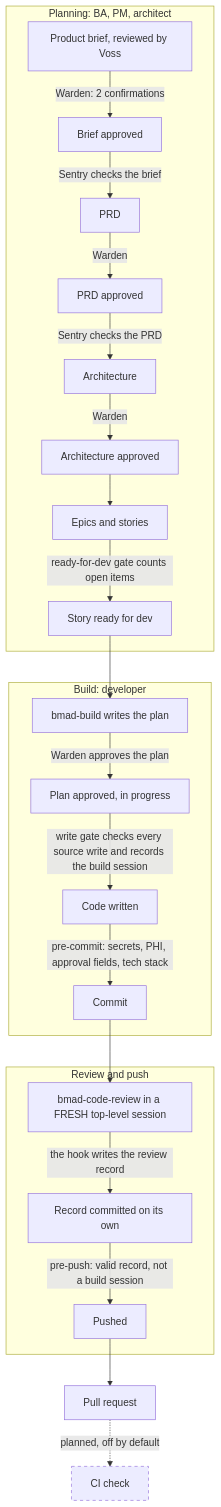
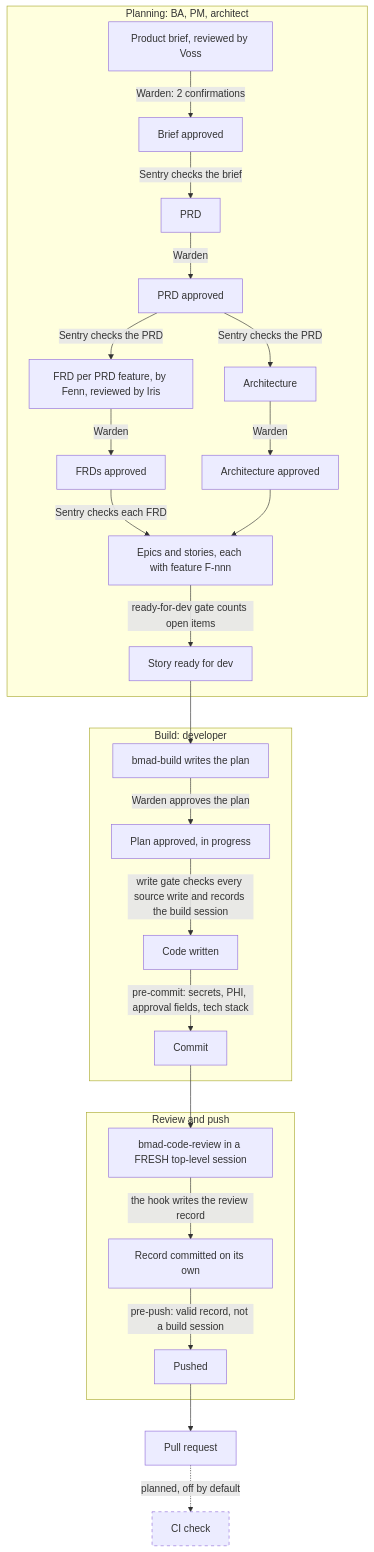
Before and after one commit to shameersn/bmad-guard: the second of 5 diagrams in docs/architecture.md, drawn with Mermaid. The commit also changed other lines of this file and 5 other files, not shown here.

First line of the commit message:
GUARD-3: update role and install guides for FRD per feature

````diff
--- a/docs/architecture.md
+++ b/docs/architecture.md
@@ -74,31 +74,34 @@
 ```mermaid
 flowchart TB
     subgraph PLAN["Planning: BA, PM, architect"]
         a["Product brief, reviewed by Voss"] -->|"Warden: 2 confirmations"| a2["Brief approved"]
         a2 -->|"Sentry checks the brief"| b["PRD"]
         b -->|"Warden"| b2["PRD approved"]
         b2 -->|"Sentry checks the PRD"| c["Architecture"]
         c -->|"Warden"| c2["Architecture approved"]
-        c2 --> d["Epics and stories"]
+        b2 -->|"Sentry checks the PRD"| f1["FRD per PRD feature, by Fenn, reviewed by Iris"]
+        f1 -->|"Warden"| f2["FRDs approved"]
+        f2 -->|"Sentry checks each FRD"| d["Epics and stories, each with feature F-nnn"]
+        c2 --> d
         d -->|"ready-for-dev gate counts open items"| e["Story ready for dev"]
     end
 
     subgraph BUILD["Build: developer"]
         e --> f["bmad-build writes the plan"]
         f -->|"Warden approves the plan"| g["Plan approved, in progress"]
         g -->|"write gate checks every source write and records the build session"| h["Code written"]
         h -->|"pre-commit: secrets, PHI, approval fields, tech stack"| i["Commit"]
     end
 
     subgraph REVIEW["Review and push"]
         i --> j["bmad-code-review in a FRESH top-level session"]
         j -->|"the hook writes the review record"| k["Record committed on its own"]
         k -->|"pre-push: valid record, not a build session"| l["Pushed"]
     end
 
     l --> m["Pull request"]
     m -.->|"planned, off by default"| n["CI check"]
 
     classDef planned stroke-dasharray: 5 5
     class n planned
 ```
````
